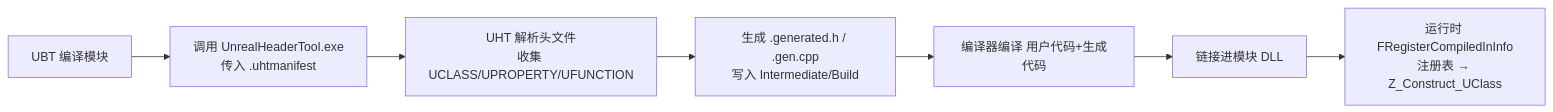
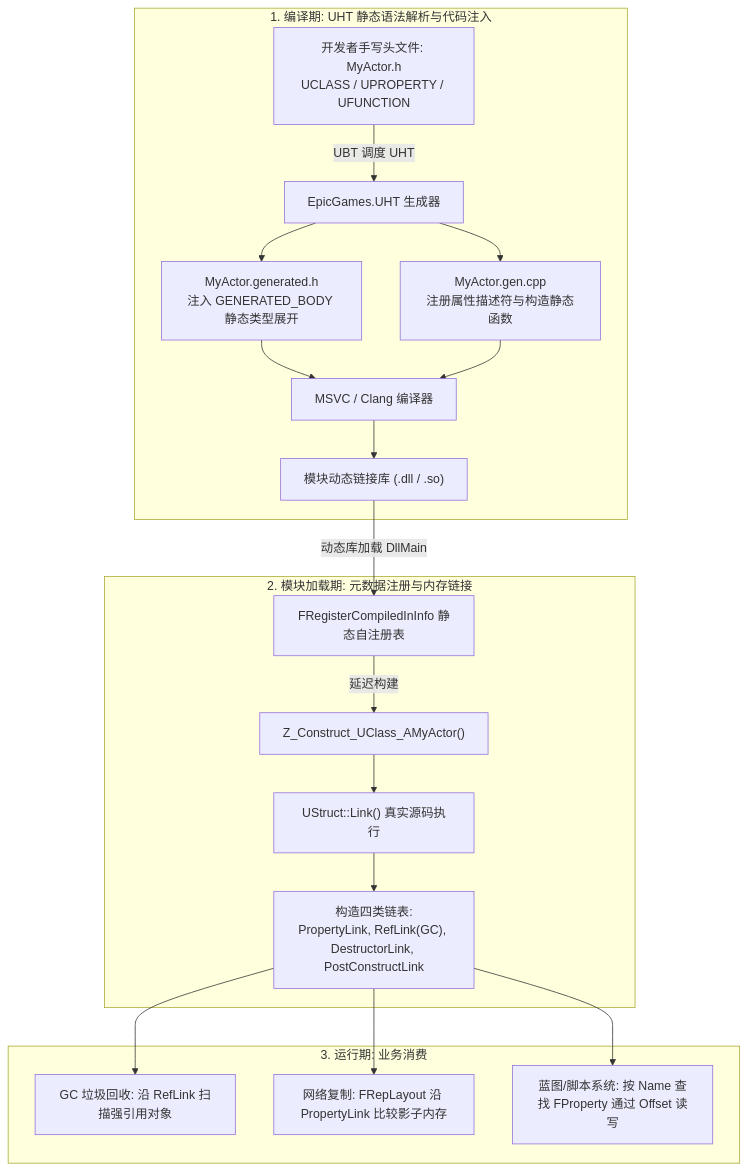
Before and after one commit to fantuan812/learning: the diagram in 游戏知识/12-引擎源码分析/01-UPROPERTY与反射系统源码.md, drawn with Mermaid. The commit also changed other lines of this file and 3 other files, not shown here.

````diff
--- a/游戏知识/12-引擎源码分析/01-UPROPERTY与反射系统源码.md
+++ b/游戏知识/12-引擎源码分析/01-UPROPERTY与反射系统源码.md
@@ -244,9 +36,24 @@
 ```mermaid
-flowchart LR
-    A["UBT 编译模块"] --> B["调用 UnrealHeaderTool.exe<br/>传入 .uhtmanifest"]
-    B --> C["UHT 解析头文件<br/>收集 UCLASS/UPROPERTY/UFUNCTION"]
-    C --> D["生成 .generated.h / .gen.cpp<br/>写入 Intermediate/Build"]
-    D --> E["编译器编译 用户代码+生成代码"]
-    E --> F["链接进模块 DLL"]
-    F --> G["运行时 FRegisterCompiledInInfo<br/>注册表 → Z_Construct_UClass"]
+flowchart TB
+    subgraph CompileTime[1. 编译期: UHT 静态语法解析与代码注入]
+        Header["开发者手写头文件: MyActor.h<br/>UCLASS / UPROPERTY / UFUNCTION"] -->|UBT 调度 UHT| UHT["EpicGames.UHT 生成器"]
+        UHT --> GenH["MyActor.generated.h<br/>注入 GENERATED_BODY 静态类型展开"]
+        UHT --> GenCPP["MyActor.gen.cpp<br/>注册属性描述符与构造静态函数"]
+        GenH --> Compiler["MSVC / Clang 编译器"]
+        GenCPP --> Compiler
+        Compiler --> ModuleDLL["模块动态链接库 (.dll / .so)"]
+    end
+
+    subgraph RuntimeLoad[2. 模块加载期: 元数据注册与内存链接]
+        ModuleDLL -->|动态库加载 DllMain| CompiledIn["FRegisterCompiledInInfo 静态自注册表"]
+        CompiledIn -->|延迟构建| Construct["Z_Construct_UClass_AMyActor()"]
+        Construct --> StructLink["UStruct::Link() 真实源码执行"]
+        StructLink --> Chains["构造四类链表:<br/>PropertyLink, RefLink(GC), DestructorLink, PostConstructLink"]
+    end
+
+    subgraph RuntimeExecution[3. 运行期: 业务消费]
+        Chains --> GC["GC 垃圾回收: 沿 RefLink 扫描强引用对象"]
+        Chains --> Net["网络复制: FRepLayout 沿 PropertyLink 比较影子内存"]
+        Chains --> BP["蓝图/脚本系统: 按 Name 查找 FProperty 通过 Offset 读写"]
+    end
 ```
````
